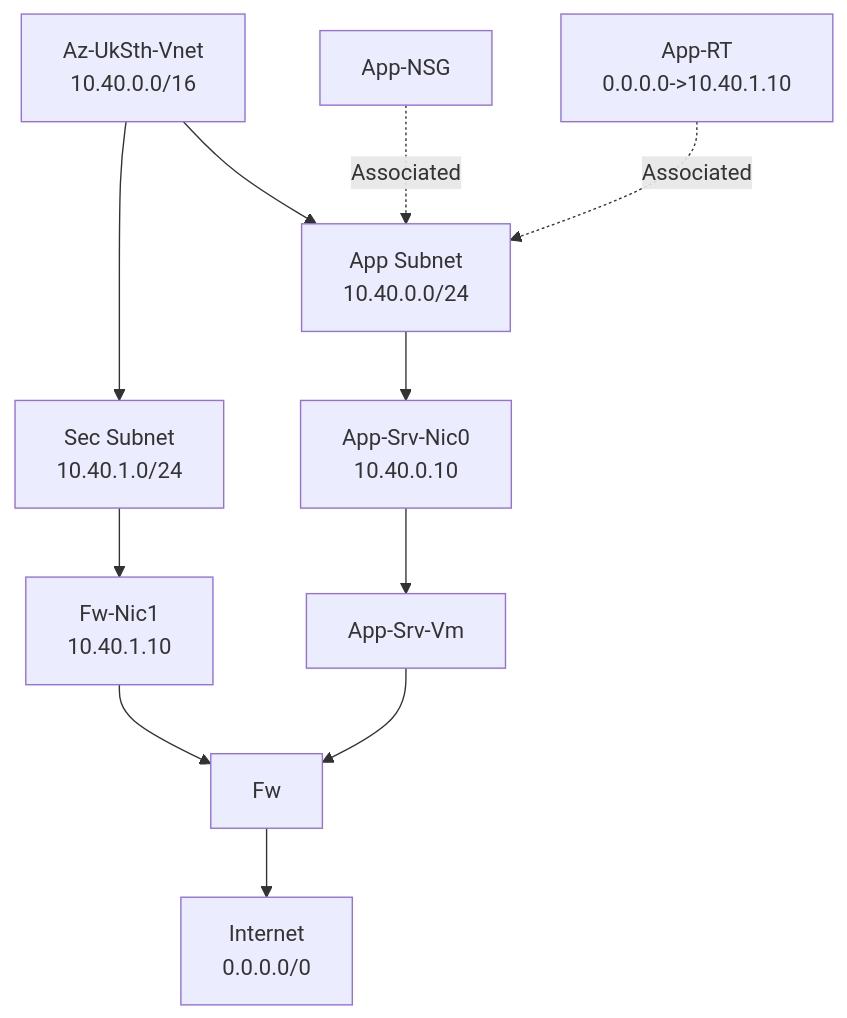
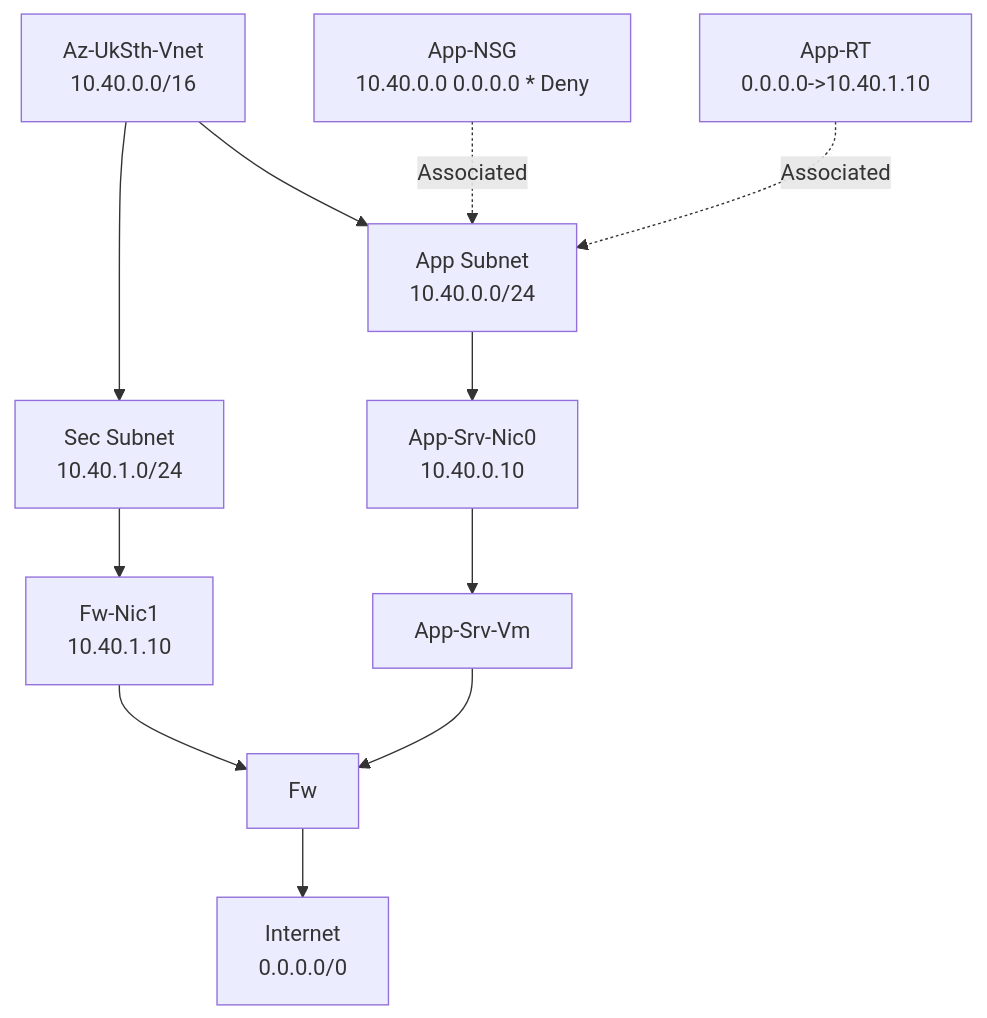
One commit to hasanfarag199/AZ-700-Azure_Network_Associate changed the diagram in README.md. Above: the diagram before and after it, drawn with Mermaid. The commit also changed other lines of this file, not shown here.

Commit message:
Clarify NSG description in README
Updated NSG description in the diagram for clarity.

````diff
--- a/README.md
+++ b/README.md
@@ -5,33 +5,33 @@
 ```mermaid
 graph TD
     VNET["Az-UkSth-Vnet<br/>10.40.0.0/16"]
 
     APP["App Subnet<br/>10.40.0.0/24"]
     SEC["Sec Subnet<br/>10.40.1.0/24"]
 
-    NSG["App-NSG"]
+    NSG["App-NSG <br/>10.40.0.0 0.0.0.0 * Deny"]
     RT["App-RT <br/> 0.0.0.0->10.40.1.10"]
     
     NIC1["App-Srv-Nic0<br/>10.40.0.10"]
     VM1["App-Srv-Vm"]
 
     NIC2["Fw-Nic1<br/>10.40.1.10"]
     FW["Fw"]
 
 
     VNET --> APP
     VNET --> SEC
 
     NSG -. Associated .-> APP
     RT -. Associated .-> APP
 
     APP --> NIC1
     NIC1 --> VM1
 
     SEC --> NIC2
     NIC2 --> FW
 
     NET["Internet<br/>0.0.0.0/0"]
     VM1 --> FW
     FW --> NET
 ```
````
